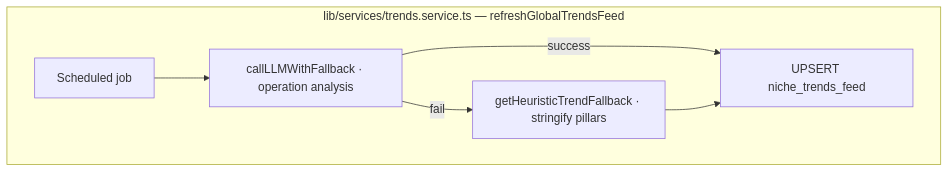
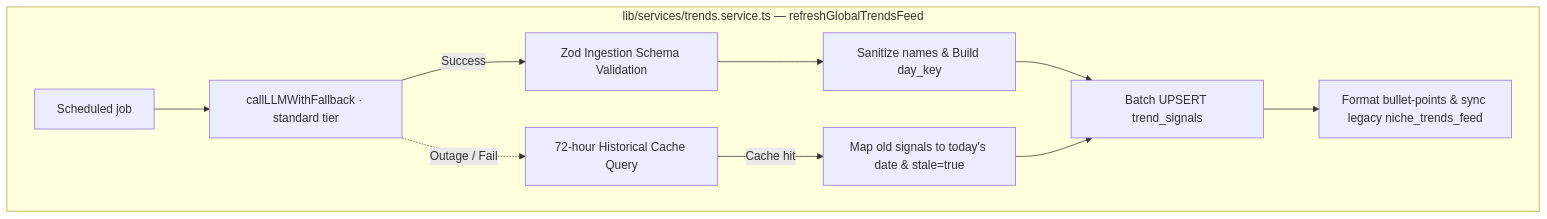
Before and after one commit to Jainam2848/ReelMetrics: the first of 2 diagrams in docs/ai-trends-strategy.md, drawn with Mermaid. The commit also changed other lines of this file and 3 other files, not shown here.

Commit message:
docs(trends): update playbooks, specs, PRDs, and strategies with structured trend engine details

````diff
--- a/docs/ai-trends-strategy.md
+++ b/docs/ai-trends-strategy.md
@@ -15,9 +15,14 @@
 ```mermaid
 flowchart TB
     subgraph Cron["lib/services/trends.service.ts — refreshGlobalTrendsFeed"]
-        CRON[Scheduled job] --> LLM1[callLLMWithFallback · operation analysis]
-        LLM1 -->|success| UPS[UPSERT niche_trends_feed]
-        LLM1 -->|fail| HF1[getHeuristicTrendFallback · stringify pillars]
-        HF1 --> UPS
+        CRON[Scheduled job] --> LLM1[callLLMWithFallback · standard tier]
+        LLM1 -->|Success| VAL[Zod Ingestion Schema Validation]
+        VAL --> SAN[Sanitize names & Build day_key]
+        SAN --> UPS[Batch UPSERT trend_signals]
+        UPS --> SYNC[Format bullet-points & sync legacy niche_trends_feed]
+        
+        LLM1 -.->|Outage / Fail| FB[72-hour Historical Cache Query]
+        FB -->|Cache hit| MAP[Map old signals to today's date & stale=true]
+        MAP --> UPS
     end
 ```
````
